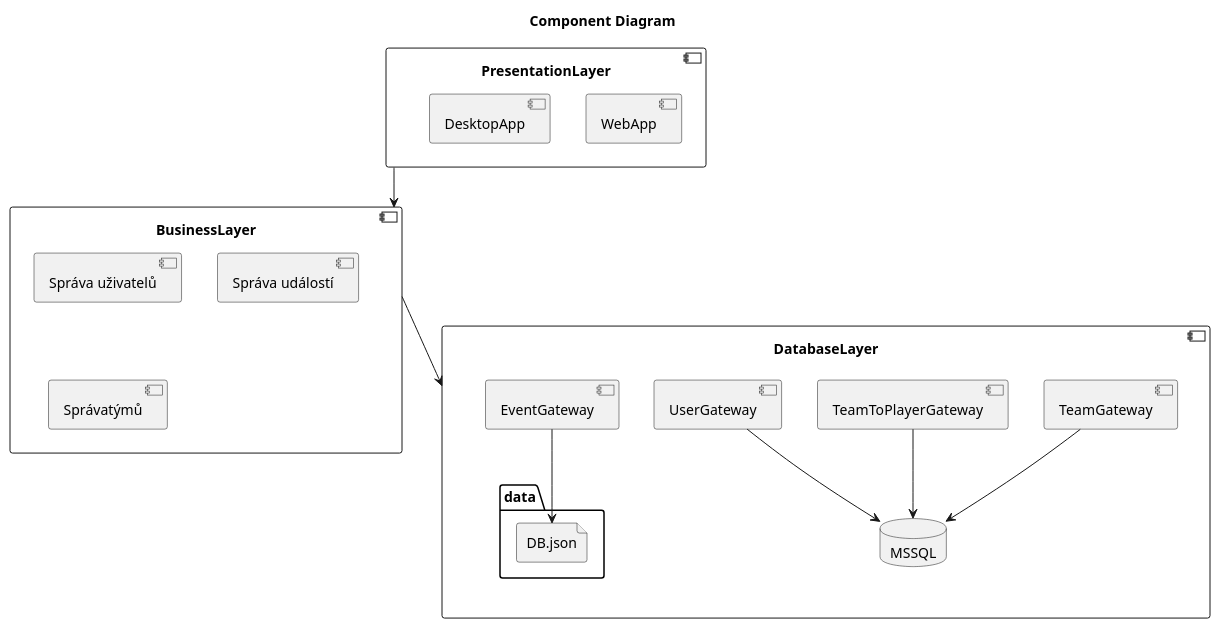
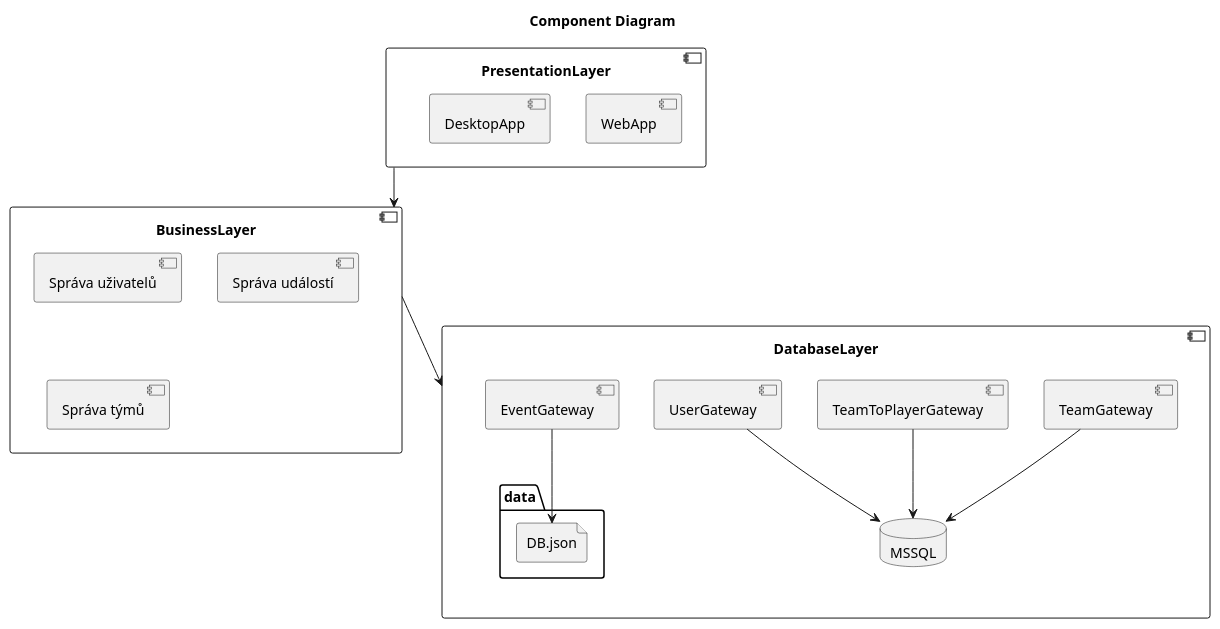
Before and after one commit to dminikm/EsportsIS: the diagram in ComponentDiagram.puml, drawn with PlantUML. The commit also changed 4 other files, not shown here.

```diff
--- a/ComponentDiagram.puml
+++ b/ComponentDiagram.puml
@@ -1,40 +1,40 @@
 @startuml
 title Component Diagram
 
 component "PresentationLayer" as PL {
     component WebApp
     component DesktopApp
 }
 
 component "BusinessLayer" as BL {
-    component "Správa uživatelů"
-    component "Správa událostí"
-    component "Správatýmů"
+    component "Správa uživatelů" as UM
+    component "Správa událostí" as EM
+    component "Správa týmů" as TM
 }
 
 component "DatabaseLayer" as DL {
     together {
         component "TeamGateway" as TG
         component "TeamToPlayerGateway" as TTPG
         component "UserGateway" as UG
         database MSSQL as DB
     }
     
     together {
     component "EventGateway" as EG
         folder data {
             file DB.json as JSONDB
         }
     }
 
     TG --> DB
     TTPG --> DB
     UG --> DB
 
     EG --> JSONDB
 }
 
 BL --> DL
 PL --> BL
 
 @enduml
```
